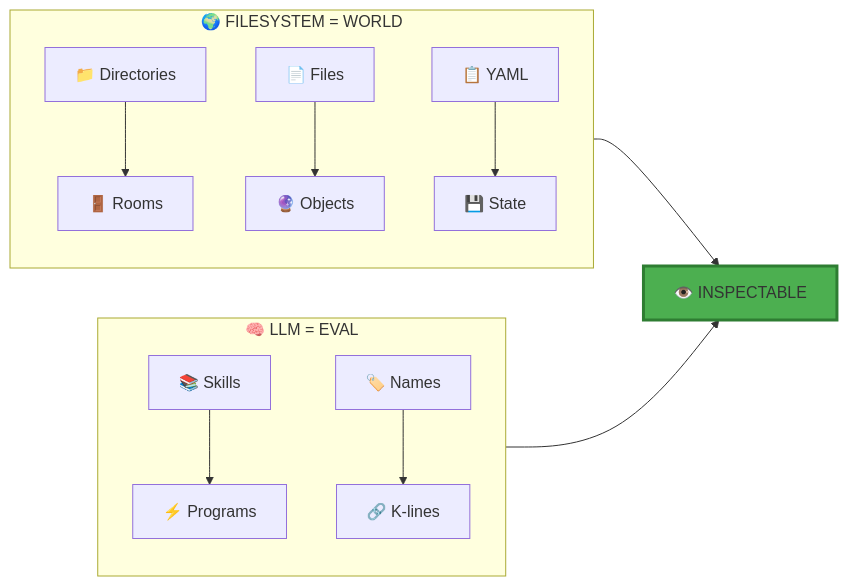
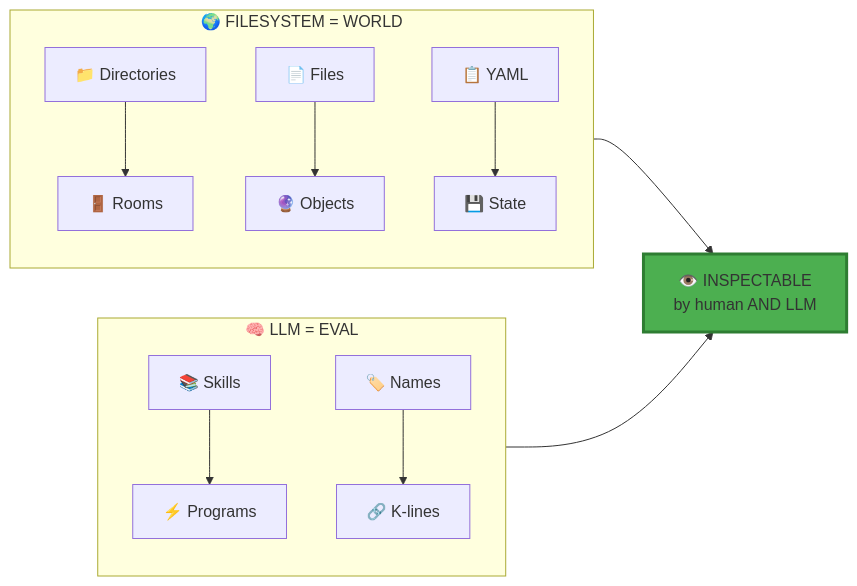
One commit to pragsmike/moollm changed the first of 4 diagrams in designs/MOOLLM-MANIFESTO.md. Above: the diagram before and after it, drawn with Mermaid.

Commit message:
Emphasize inspectable by human AND LLM

````diff
--- a/designs/MOOLLM-MANIFESTO.md
+++ b/designs/MOOLLM-MANIFESTO.md
@@ -33,18 +33,18 @@
 ```mermaid
 flowchart LR
     subgraph WORLD["🌍 FILESYSTEM = WORLD"]
         DIR[📁 Directories] --> ROOMS[🚪 Rooms]
         FILES[📄 Files] --> OBJECTS[🔮 Objects]
         YAML[📋 YAML] --> STATE[💾 State]
     end
     
     subgraph LLM["🧠 LLM = EVAL"]
         SKILLS[📚 Skills] --> PROGRAMS[⚡ Programs]
         NAMES[🏷️ Names] --> KLINES[🔗 K-lines]
     end
     
-    WORLD --> INSPECTABLE[👁️ INSPECTABLE]
+    WORLD --> INSPECTABLE[👁️ INSPECTABLE<br/>by human AND LLM]
     LLM --> INSPECTABLE
     
     style INSPECTABLE fill:#4caf50,stroke:#2e7d32,stroke-width:3px
 ```
````
